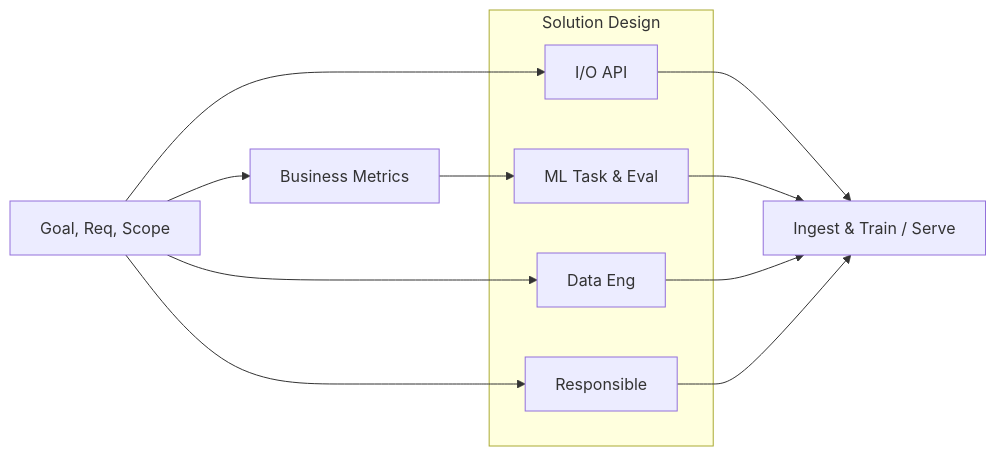
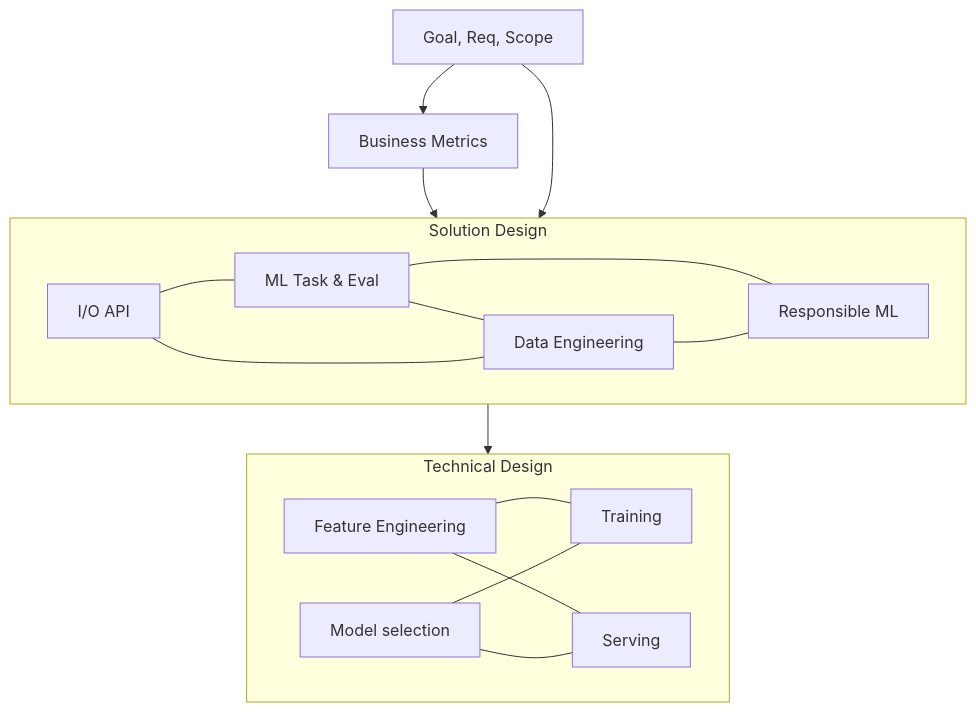
Before and after one commit to ptbdnr/ptbdnr: the diagram in ml_sys_design.md, drawn with Mermaid. The commit also changed other lines of this file, not shown here.

````diff
--- a/ml_sys_design.md
+++ b/ml_sys_design.md
@@ -12,18 +14,30 @@
 ```mermaid
-flowchart LR
+flowchart TD
     discover[Goal, Req, Scope]
     b_metrics[Business Metrics]
-    subgraph TD sol_des[Solution Design]
+    subgraph sol_des[Solution Design]
         api[I/O API]
         ml_task[ML Task & Eval]
-        data[Data Eng]
-        sec_by_design[Responsible]
+        data[Data Engineering]
+        sec_by_des[Responsible ML]
     end
-    tech_arch[Ingest & Train / Serve]
+    subgraph tech_des[Technical Design]
+        feat_eng[Feature Engineering]
+        model[Model selection]
+        train[Training]
+        serve[Serving]
+    end
 
     discover --> b_metrics
-    discover --> api --> tech_arch
-    b_metrics --> ml_task --> tech_arch
-    discover --> data --> tech_arch
-    discover --> sec_by_design --> tech_arch
+    b_metrics & discover --> sol_des
+        ml_task --- data
+        api --- ml_task
+        api --- data
+        ml_task --- sec_by_des
+        data --- sec_by_des
+    sol_des --> tech_des
+        feat_eng --- train
+        feat_eng --- serve
+        model --- train
+        model --- serve
 ```
````
